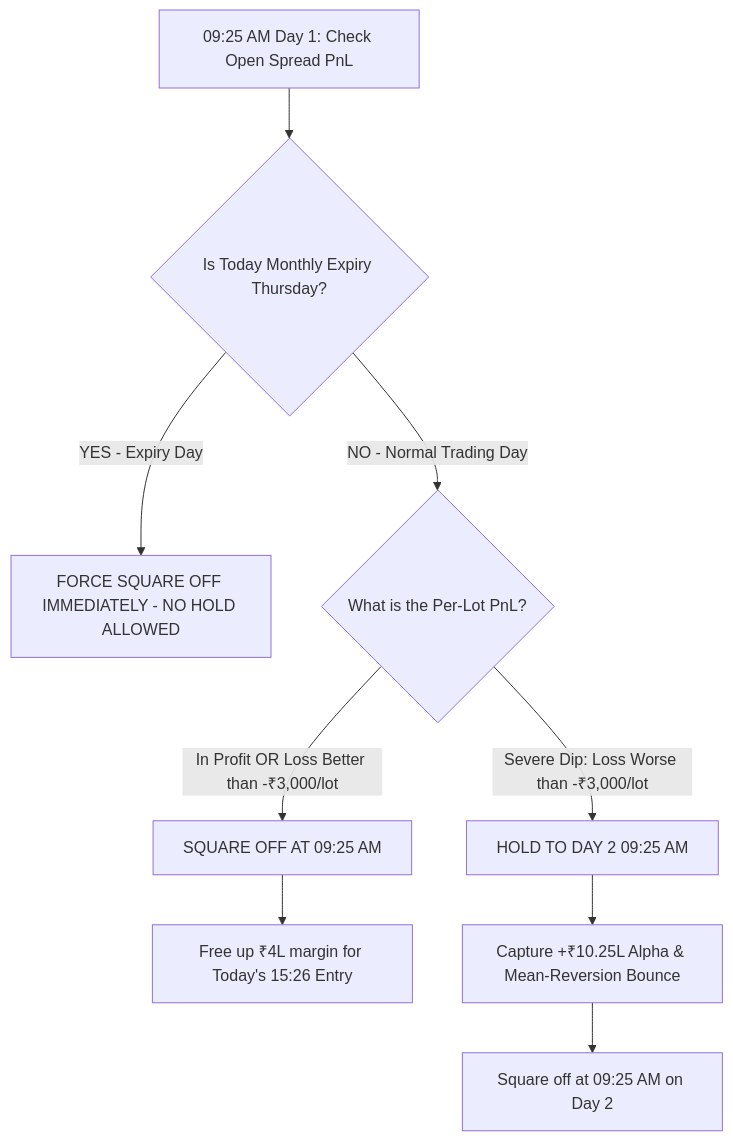
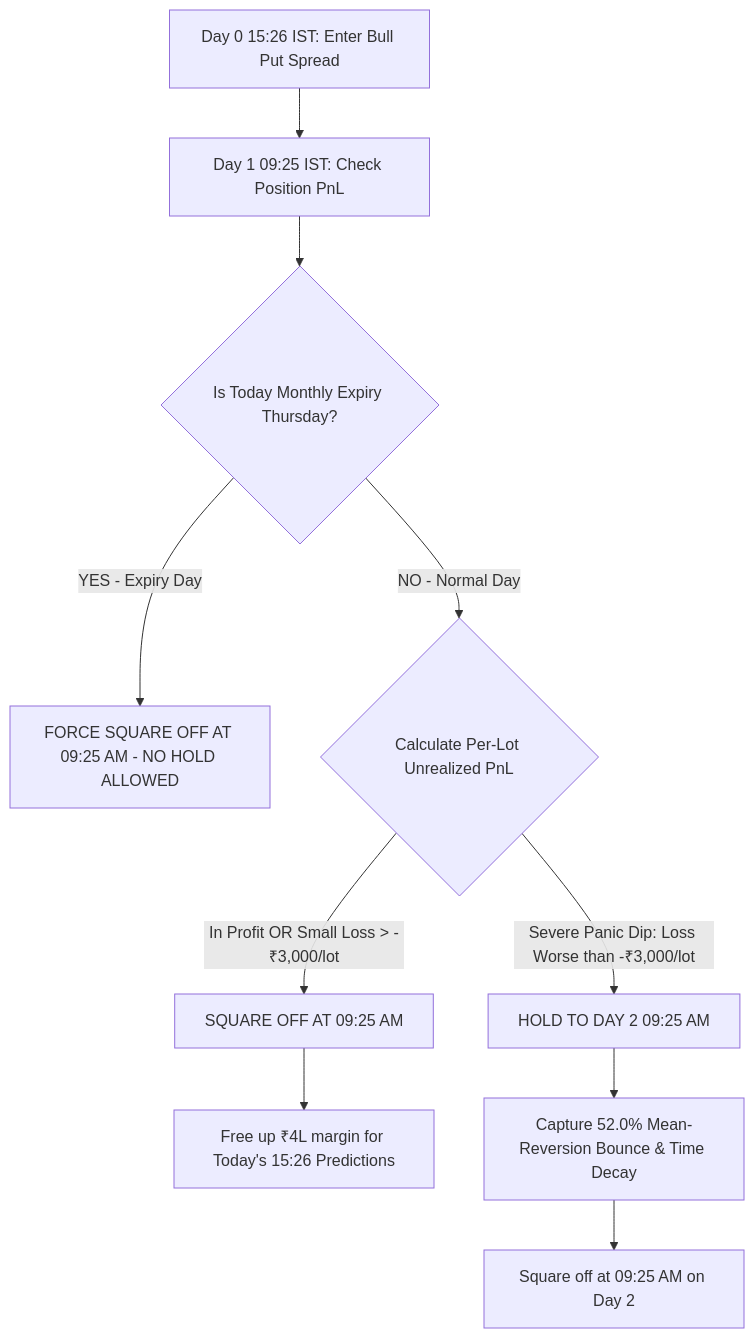
One commit to sarangsukumar/options-sniper changed the diagram in FINAL_OPTIONS_SYSTEM/FINAL_ACHIEVEMENTS_AND_DAY2_HOLD_REPORT.md. Above: the diagram before and after it, drawn with Mermaid. The commit also changed other lines of this file and 1 other file, not shown here.

````diff
--- a/FINAL_OPTIONS_SYSTEM/FINAL_ACHIEVEMENTS_AND_DAY2_HOLD_REPORT.md
+++ b/FINAL_OPTIONS_SYSTEM/FINAL_ACHIEVEMENTS_AND_DAY2_HOLD_REPORT.md
@@ -83,11 +97,12 @@
 ```mermaid
 graph TD
-    A[09:25 AM Day 1: Check Open Spread PnL] --> B{Is Today Monthly Expiry Thursday?}
-    B -->|YES - Expiry Day| C[FORCE SQUARE OFF IMMEDIATELY - NO HOLD ALLOWED]
-    B -->|NO - Normal Trading Day| D{What is the Per-Lot PnL?}
-    D -->|In Profit OR Loss Better than -₹3,000/lot| E[SQUARE OFF AT 09:25 AM]
-    E --> F[Free up ₹4L margin for Today's 15:26 Entry]
-    D -->|Severe Dip: Loss Worse than -₹3,000/lot| G[HOLD TO DAY 2 09:25 AM]
-    G --> H[Capture +₹10.25L Alpha & Mean-Reversion Bounce]
-    H --> I[Square off at 09:25 AM on Day 2]
+    A[Day 0 15:26 IST: Enter Bull Put Spread] --> B[Day 1 09:25 IST: Check Position PnL]
+    B --> C{Is Today Monthly Expiry Thursday?}
+    C -->|YES - Expiry Day| D[FORCE SQUARE OFF AT 09:25 AM - NO HOLD ALLOWED]
+    C -->|NO - Normal Day| E{Calculate Per-Lot Unrealized PnL}
+    E -->|In Profit OR Small Loss > -₹3,000/lot| F[SQUARE OFF AT 09:25 AM]
+    F --> G[Free up ₹4L margin for Today's 15:26 Predictions]
+    E -->|Severe Panic Dip: Loss Worse than -₹3,000/lot| H[HOLD TO DAY 2 09:25 AM]
+    H --> I[Capture 52.0% Mean-Reversion Bounce & Time Decay]
+    I --> J[Square off at 09:25 AM on Day 2]
 ```
````
